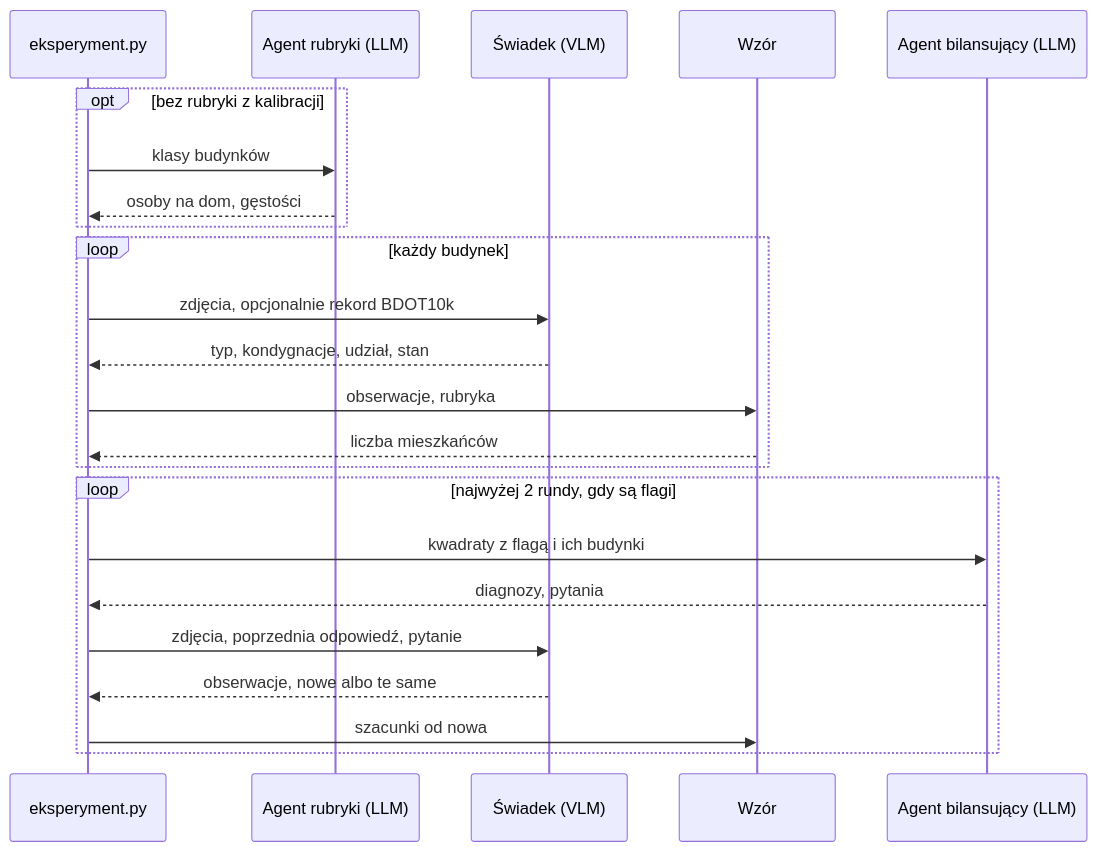
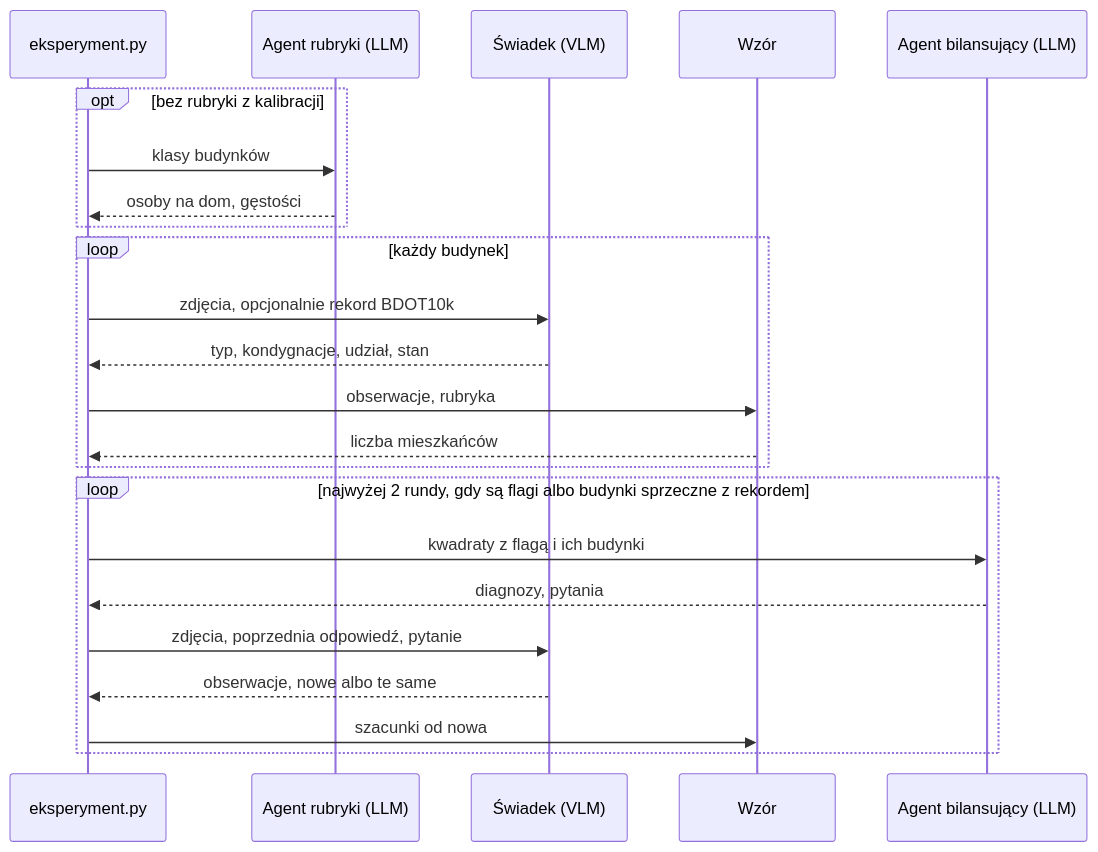
Before and after one commit to wust-terrain/wroclaw-population-agents: the diagram in README.md, drawn with Mermaid. The commit also changed other lines of this file and 2 other files, not shown here.

````diff
--- a/README.md
+++ b/README.md
@@ -85,25 +85,25 @@
 ```mermaid
 sequenceDiagram
     participant E as eksperyment.py
     participant R as Agent rubryki (LLM)
     participant S as Świadek (VLM)
     participant W as Wzór
     participant A as Agent bilansujący (LLM)
     opt bez rubryki z kalibracji
         E->>R: klasy budynków
         R-->>E: osoby na dom, gęstości
     end
     loop każdy budynek
         E->>S: zdjęcia, opcjonalnie rekord BDOT10k
         S-->>E: typ, kondygnacje, udział, stan
         E->>W: obserwacje, rubryka
         W-->>E: liczba mieszkańców
     end
-    loop najwyżej 2 rundy, gdy są flagi
+    loop najwyżej 2 rundy, gdy są flagi albo budynki sprzeczne z rekordem
         E->>A: kwadraty z flagą i ich budynki
         A-->>E: diagnozy, pytania
         E->>S: zdjęcia, poprzednia odpowiedź, pytanie
         S-->>E: obserwacje, nowe albo te same
         E->>W: szacunki od nowa
     end
 ```
````
